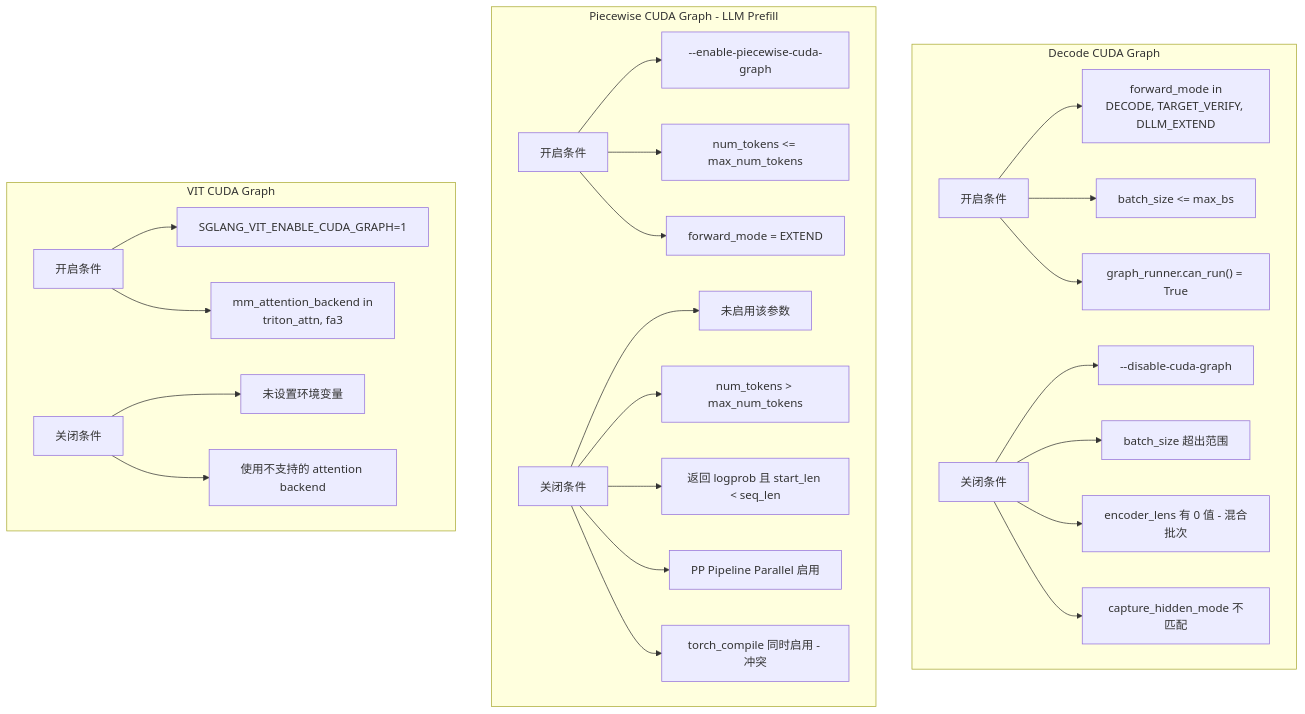
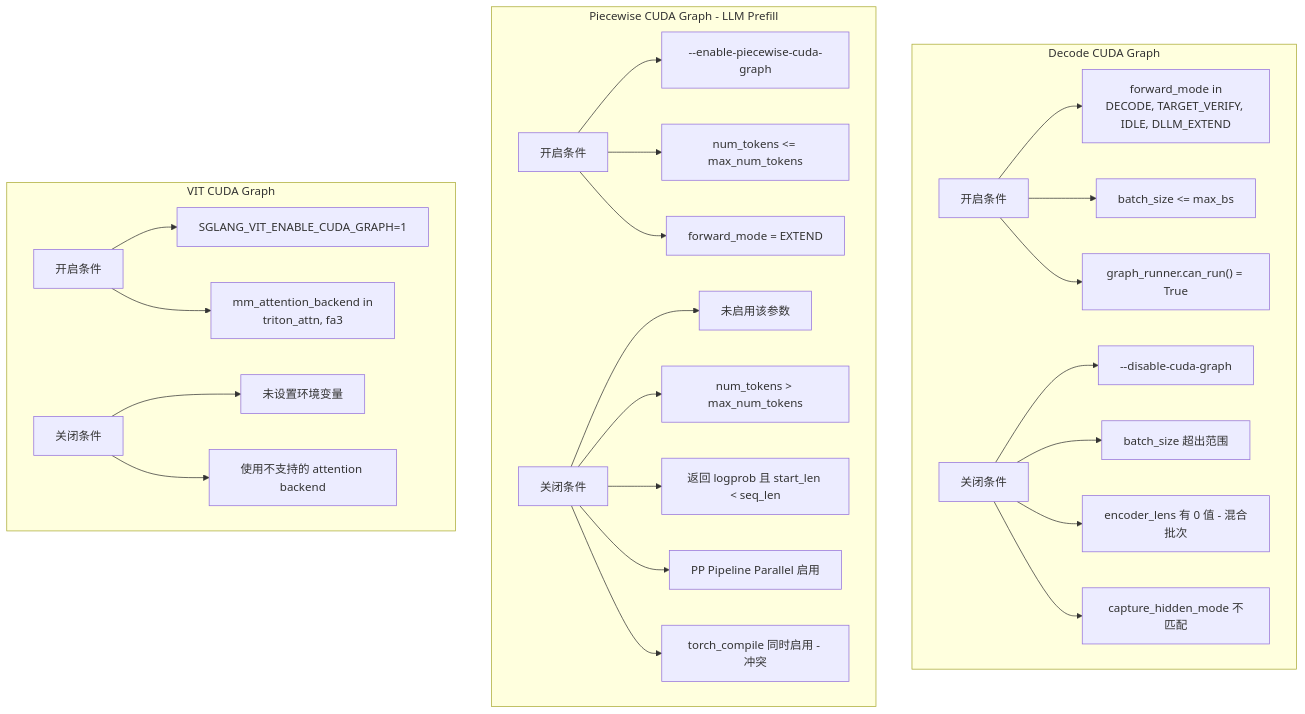
The tenth of 18 diagrams in SGLang/08-model-runner.md (wesleyck/AIInfraNotes), drawn with Mermaid before and after one commit. The commit also changed other lines of this file and 26 other files, not shown here.

````diff
--- a/SGLang/08-model-runner.md
+++ b/SGLang/08-model-runner.md
@@ -1068,30 +1160,30 @@
 ```mermaid
 flowchart TD
     subgraph DecodeCG["Decode CUDA Graph"]
-        DE["开启条件"] --> DE1["forward_mode in<br/>DECODE, TARGET_VERIFY, DLLM_EXTEND"]
+        DE["开启条件"] --> DE1["forward_mode in<br/>DECODE, TARGET_VERIFY, IDLE, DLLM_EXTEND"]
         DE --> DE2["batch_size <= max_bs"]
         DE --> DE3["graph_runner.can_run() = True"]
         DD["关闭条件"] --> DD1["--disable-cuda-graph"]
         DD --> DD2["batch_size 超出范围"]
         DD --> DD3["encoder_lens 有 0 值 - 混合批次"]
         DD --> DD4["capture_hidden_mode 不匹配"]
     end
 
     subgraph PiecewiseCG["Piecewise CUDA Graph - LLM Prefill"]
         PE["开启条件"] --> PE1["--enable-piecewise-cuda-graph"]
         PE --> PE2["num_tokens <= max_num_tokens"]
         PE --> PE3["forward_mode = EXTEND"]
         PD["关闭条件"] --> PD1["未启用该参数"]
         PD --> PD2["num_tokens > max_num_tokens"]
         PD --> PD3["返回 logprob 且 start_len < seq_len"]
         PD --> PD4["PP Pipeline Parallel 启用"]
         PD --> PD5["torch_compile 同时启用 - 冲突"]
     end
 
     subgraph VITCG["VIT CUDA Graph"]
         VE["开启条件"] --> VE1["SGLANG_VIT_ENABLE_CUDA_GRAPH=1"]
         VE --> VE2["mm_attention_backend in<br/>triton_attn, fa3"]
         VD["关闭条件"] --> VD1["未设置环境变量"]
         VD --> VD2["使用不支持的 attention backend"]
     end
 ```
````
